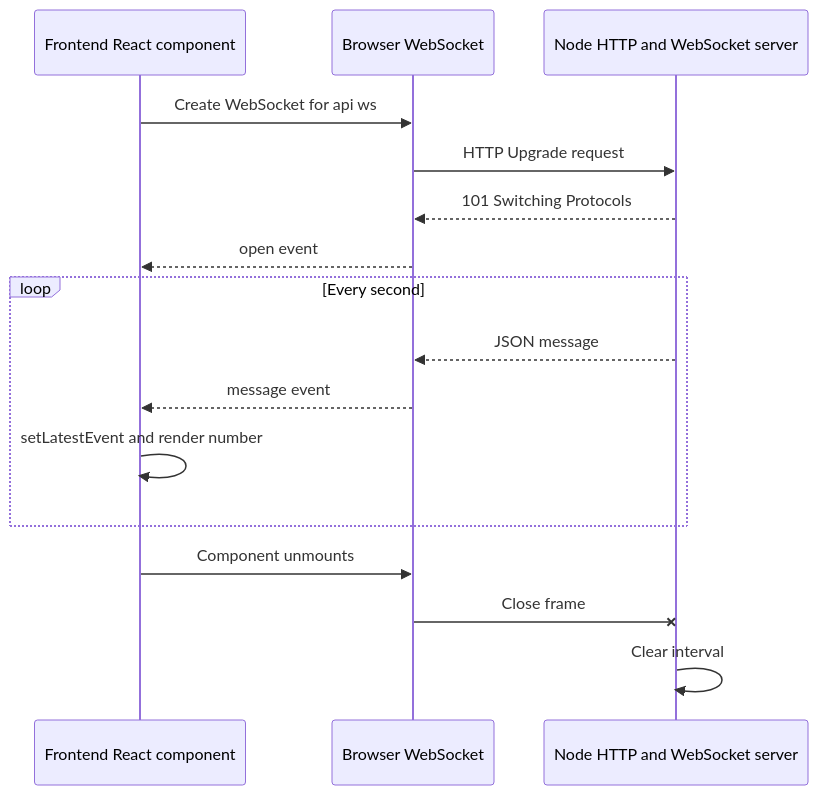
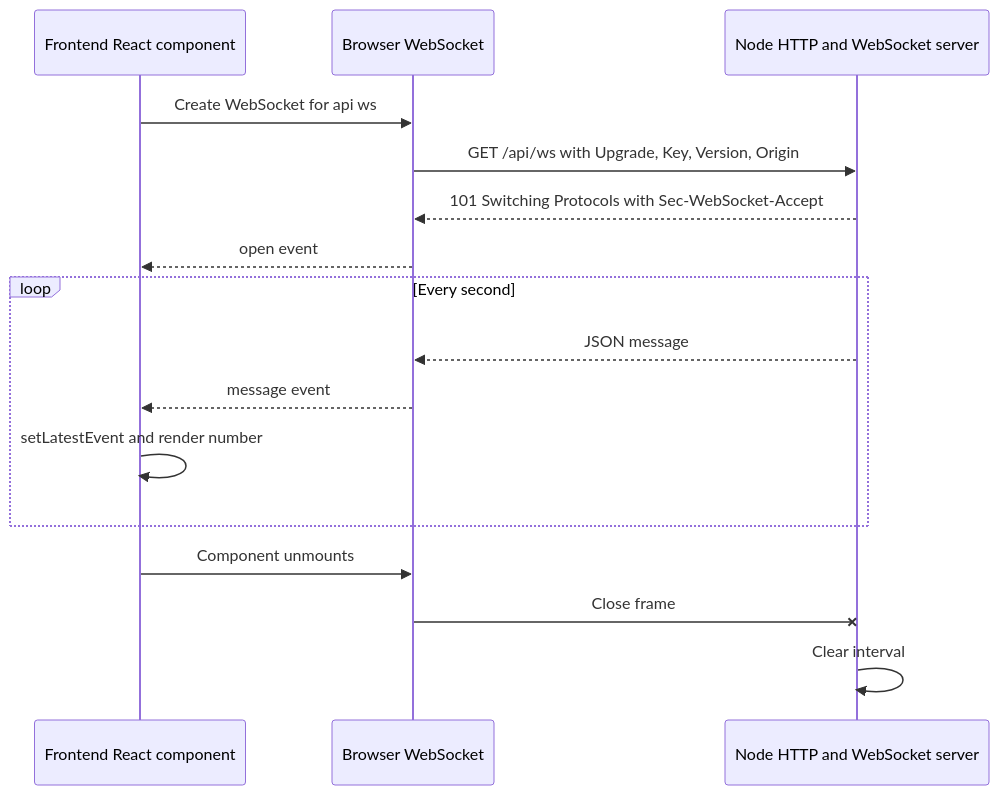
One commit to renanleonel/system-design changed the diagram in websocket/README.md. Above: the diagram before and after it, drawn with Mermaid. The commit also changed other lines of this file, not shown here.

Commit message:
docs(websocket): explain upgrade handshake

````diff
--- a/websocket/README.md
+++ b/websocket/README.md
@@ -43,21 +82,21 @@
 ```mermaid
 sequenceDiagram
     participant React as Frontend React component
     participant WebSocket as Browser WebSocket
     participant Server as Node HTTP and WebSocket server
 
     React->>WebSocket: Create WebSocket for api ws
-    WebSocket->>Server: HTTP Upgrade request
-    Server-->>WebSocket: 101 Switching Protocols
+    WebSocket->>Server: GET /api/ws with Upgrade, Key, Version, Origin
+    Server-->>WebSocket: 101 Switching Protocols with Sec-WebSocket-Accept
     WebSocket-->>React: open event
 
     loop Every second
         Server-->>WebSocket: JSON message
         WebSocket-->>React: message event
         React->>React: setLatestEvent and render number
     end
 
     React->>WebSocket: Component unmounts
     WebSocket-x Server: Close frame
     Server->>Server: Clear interval
 ```
````
